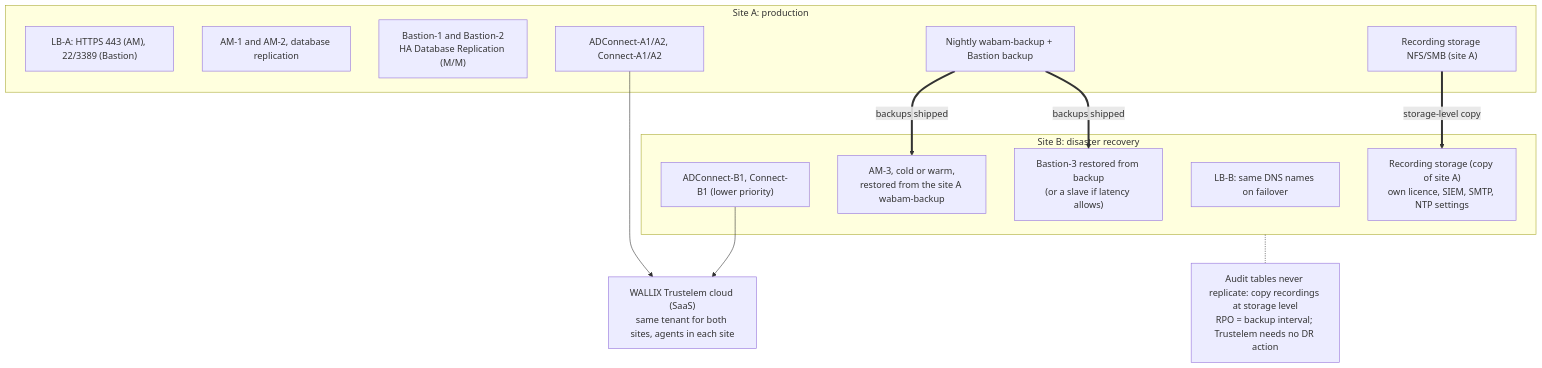
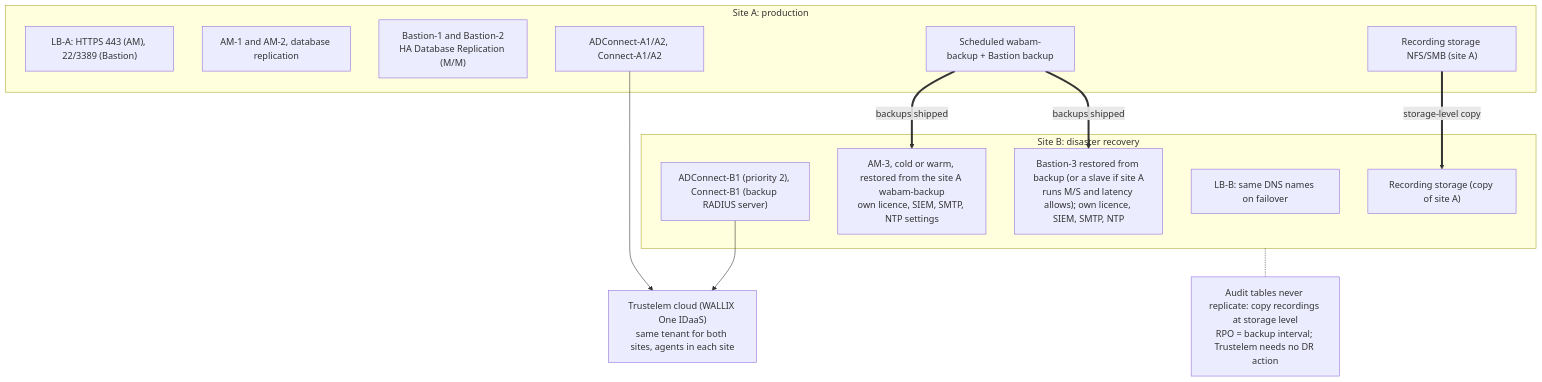
One commit to morandeirachema/Trustelem- changed the seventh of 7 diagrams in docs/trustelem-bastion-access-manager-architecture.md. Above: the diagram before and after it, drawn with Mermaid. The commit also changed other lines of this file and 19 other files, not shown here.

Commit message:
Audit pass 2: diagrams synced with text, AM RADIUS listener 2812, Authentication domain name rule, gap B7

````diff
--- a/docs/trustelem-bastion-access-manager-architecture.md
+++ b/docs/trustelem-bastion-access-manager-architecture.md
@@ -605,26 +618,26 @@
 ```mermaid
 flowchart TB
-    CLOUD["WALLIX Trustelem cloud (SaaS)<br/>same tenant for both sites, agents in each site"]
+    CLOUD["Trustelem cloud (WALLIX One IDaaS)<br/>same tenant for both sites, agents in each site"]
     subgraph A["Site A: production"]
         LBA["LB-A: HTTPS 443 (AM), 22/3389 (Bastion)"]
         AMA["AM-1 and AM-2, database replication"]
         BA["Bastion-1 and Bastion-2<br/>HA Database Replication (M/M)"]
         AGA["ADConnect-A1/A2, Connect-A1/A2"]
         STA["Recording storage NFS/SMB (site A)"]
-        BKA["Nightly wabam-backup + Bastion backup"]
+        BKA["Scheduled wabam-backup + Bastion backup"]
     end
     subgraph B["Site B: disaster recovery"]
         LBB["LB-B: same DNS names on failover"]
-        AMB["AM-3, cold or warm,<br/>restored from the site A wabam-backup"]
-        BB["Bastion-3 restored from backup<br/>(or a slave if latency allows)"]
-        AGB["ADConnect-B1, Connect-B1 (lower priority)"]
-        STB["Recording storage (copy of site A)<br/>own licence, SIEM, SMTP, NTP settings"]
+        AMB["AM-3, cold or warm, restored from the site A wabam-backup<br/>own licence, SIEM, SMTP, NTP settings"]
+        BB["Bastion-3 restored from backup (or a slave if site A<br/>runs M/S and latency allows); own licence, SIEM, SMTP, NTP"]
+        AGB["ADConnect-B1 (priority 2), Connect-B1 (backup RADIUS server)"]
+        STB["Recording storage (copy of site A)"]
     end
     AGA --> CLOUD
     AGB --> CLOUD
     BKA ==>|backups shipped| AMB
     BKA ==>|backups shipped| BB
     STA ==>|storage-level copy| STB
     NOTE["Audit tables never replicate: copy recordings at storage level<br/>RPO = backup interval; Trustelem needs no DR action"]
     B -.- NOTE
 ```
````
